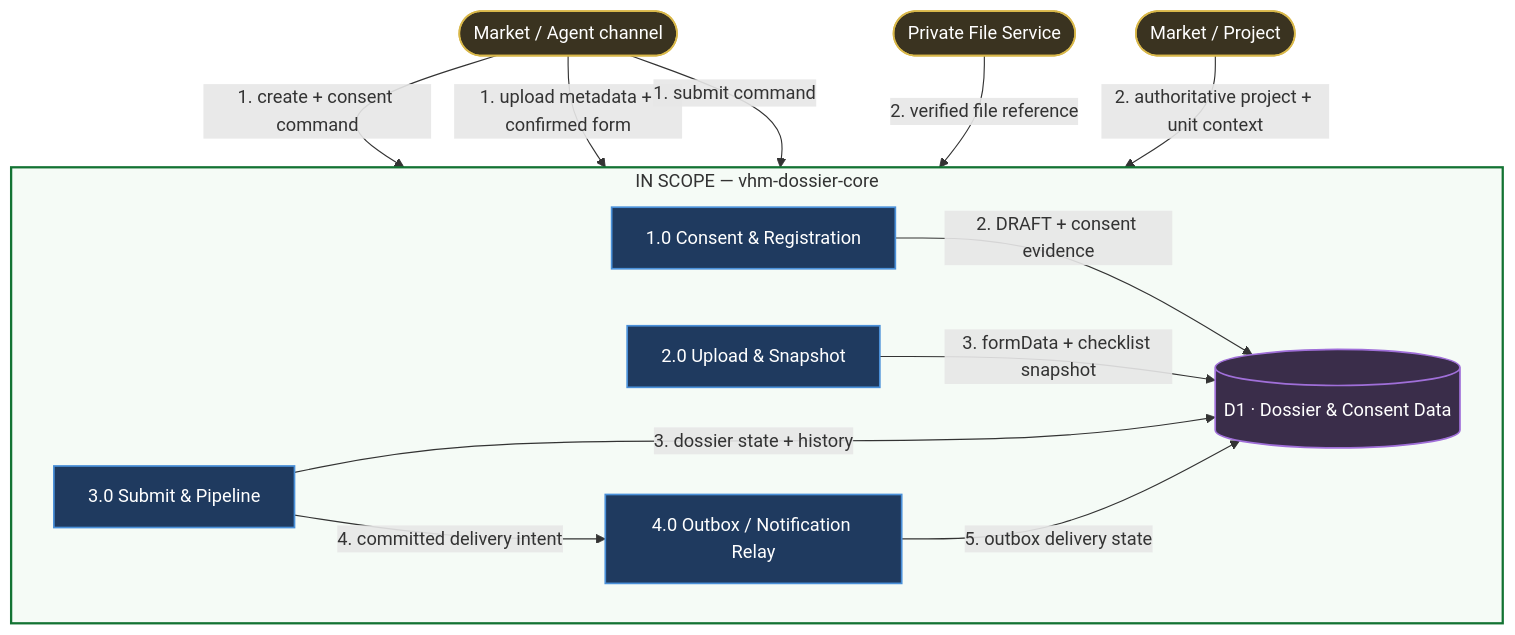
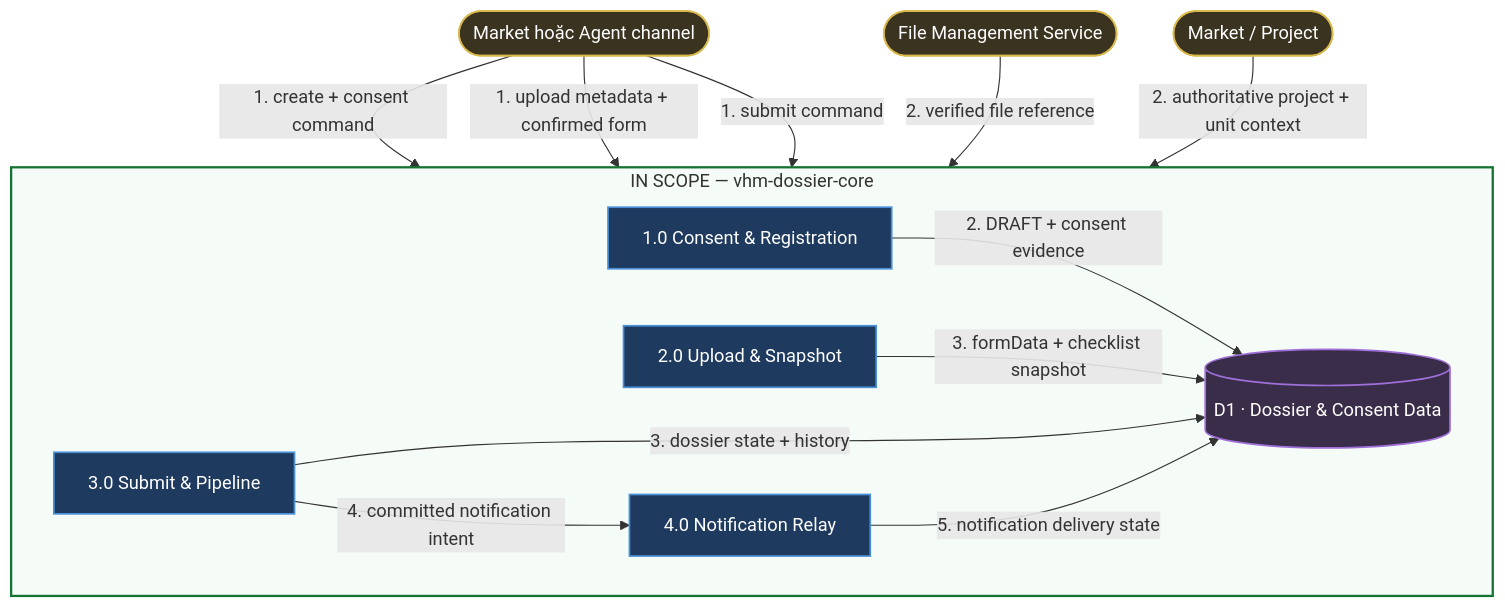
One commit to huynv-xyz/vhm changed the fifth of 17 diagrams in tdd-dossier.md. Above: the diagram before and after it, drawn with Mermaid. The commit also changed other lines of this file, not shown here.

````diff
--- a/tdd-dossier.md
+++ b/tdd-dossier.md
@@ -900,36 +972,36 @@
 ```mermaid
 flowchart TB
     classDef process fill:#1F3A5F,stroke:#4A90D9,stroke-width:1.5px,color:#FFFFFF
     classDef entity fill:#3A3320,stroke:#D9B84A,stroke-width:1.5px,color:#FFFFFF
     classDef datastore fill:#3A2D4A,stroke:#A06FD9,stroke-width:1.5px,color:#FFFFFF
 
-    CHANNEL([Market / Agent channel]):::entity
-    FILE([Private File Service]):::entity
+    CHANNEL([Market hoặc Agent channel]):::entity
+    FILE([File Management Service]):::entity
     PROJECT([Market / Project]):::entity
 
     subgraph SCOPE[IN SCOPE — vhm-dossier-core]
         direction LR
         P1[1.0 Consent & Registration]
         P2[2.0 Upload & Snapshot]
         P3[3.0 Submit & Pipeline]
-        P4[4.0 Outbox / Notification Relay]
+        P4[4.0 Notification Relay]
         D1[(D1 · Dossier & Consent Data)]
     end
 
     CHANNEL -->|1. create + consent command| P1
     P1 -->|2. DRAFT + consent evidence| D1
 
     CHANNEL -->|1. upload metadata + confirmed form| P2
     FILE -->|2. verified file reference| P2
     P2 -->|3. formData + checklist snapshot| D1
 
     CHANNEL -->|1. submit command| P3
     PROJECT -->|2. authoritative project + unit context| P3
     P3 -->|3. dossier state + history| D1
-    P3 -->|4. committed delivery intent| P4
-    P4 -->|5. outbox delivery state| D1
+    P3 -->|4. committed notification intent| P4
+    P4 -->|5. notification delivery state| D1
 
     class P1,P2,P3,P4 process
     class D1 datastore
     style SCOPE fill:#F5FBF6,stroke:#137333,stroke-width:2px
 ```
````
